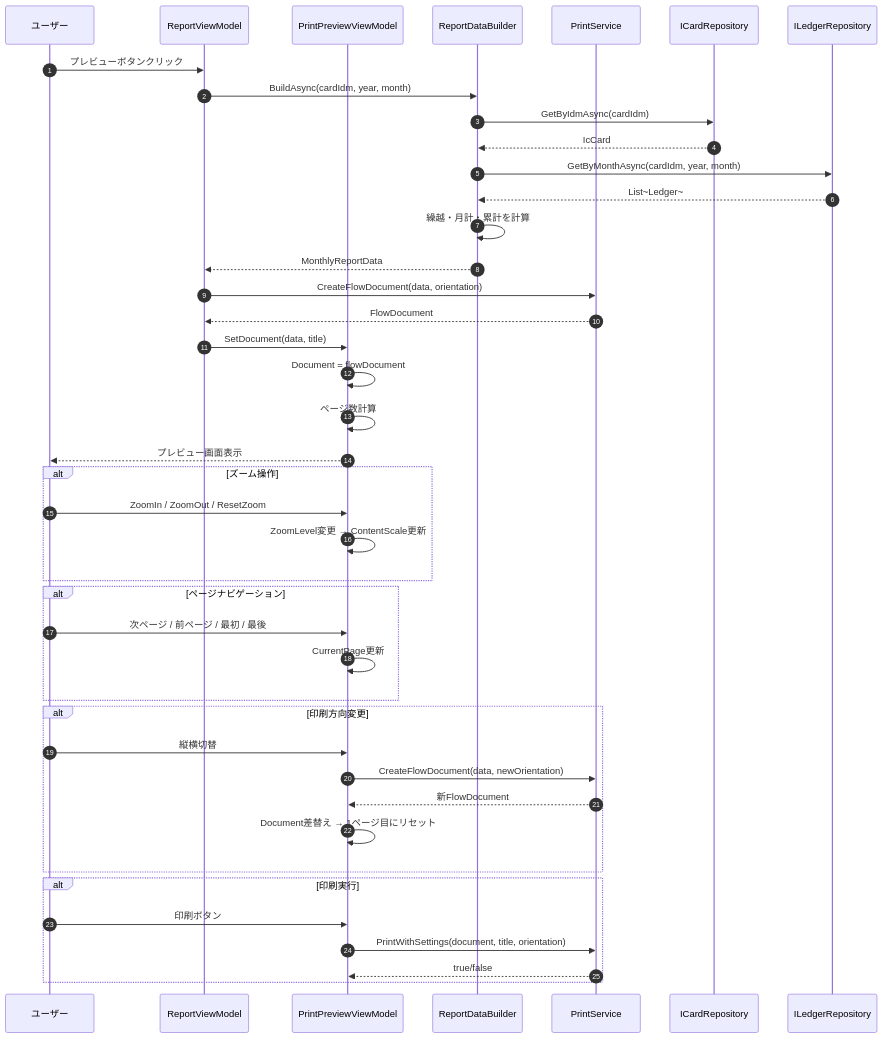
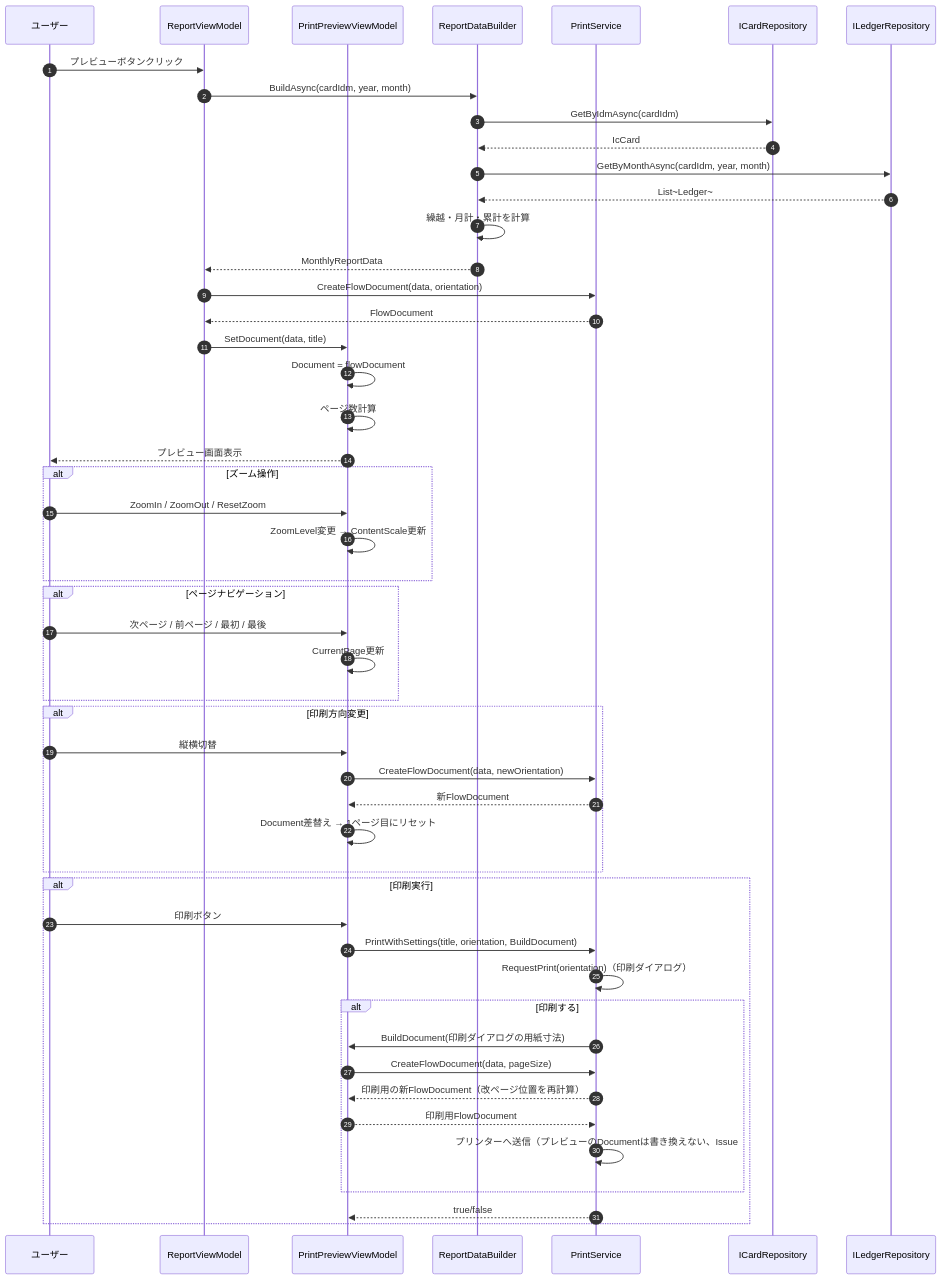
Before and after one commit to kuwayamamasayuki/ICCardManager: diagram 14 of 15 in ICCardManager/docs/design/06_シーケンス図.md, drawn with Mermaid. The commit also changed 7 other files, not shown here.

````diff
--- a/ICCardManager/docs/design/06_シーケンス図.md
+++ b/ICCardManager/docs/design/06_シーケンス図.md
@@ -837,53 +837,61 @@
 ```mermaid
 sequenceDiagram
     autonumber
     participant User as ユーザー
     participant RVM as ReportViewModel
     participant PVM as PrintPreviewViewModel
     participant RDB as ReportDataBuilder
     participant PS as PrintService
     participant CR as ICardRepository
     participant LR as ILedgerRepository
 
     User->>RVM: プレビューボタンクリック
 
     RVM->>RDB: BuildAsync(cardIdm, year, month)
     RDB->>CR: GetByIdmAsync(cardIdm)
     CR-->>RDB: IcCard
     RDB->>LR: GetByMonthAsync(cardIdm, year, month)
     LR-->>RDB: List~Ledger~
     RDB->>RDB: 繰越・月計・累計を計算
     RDB-->>RVM: MonthlyReportData
 
     RVM->>PS: CreateFlowDocument(data, orientation)
     PS-->>RVM: FlowDocument
 
     RVM->>PVM: SetDocument(data, title)
     PVM->>PVM: Document = flowDocument
     PVM->>PVM: ページ数計算
 
     PVM-->>User: プレビュー画面表示
 
     alt ズーム操作
         User->>PVM: ZoomIn / ZoomOut / ResetZoom
         PVM->>PVM: ZoomLevel変更 → ContentScale更新
     end
 
     alt ページナビゲーション
         User->>PVM: 次ページ / 前ページ / 最初 / 最後
         PVM->>PVM: CurrentPage更新
     end
 
     alt 印刷方向変更
         User->>PVM: 縦横切替
         PVM->>PS: CreateFlowDocument(data, newOrientation)
         PS-->>PVM: 新FlowDocument
         PVM->>PVM: Document差替え → 1ページ目にリセット
     end
 
     alt 印刷実行
         User->>PVM: 印刷ボタン
-        PVM->>PS: PrintWithSettings(document, title, orientation)
+        PVM->>PS: PrintWithSettings(title, orientation, BuildDocument)
+        PS->>PS: RequestPrint(orientation)（印刷ダイアログ）
+        alt 印刷する
+            PS->>PVM: BuildDocument(印刷ダイアログの用紙寸法)
+            PVM->>PS: CreateFlowDocument(data, pageSize)
+            PS-->>PVM: 印刷用の新FlowDocument（改ページ位置を再計算）
+            PVM-->>PS: 印刷用FlowDocument
+            PS->>PS: プリンターへ送信（プレビューのDocumentは書き換えない、Issue #2047）
+        end
         PS-->>PVM: true/false
     end
 ```
````
